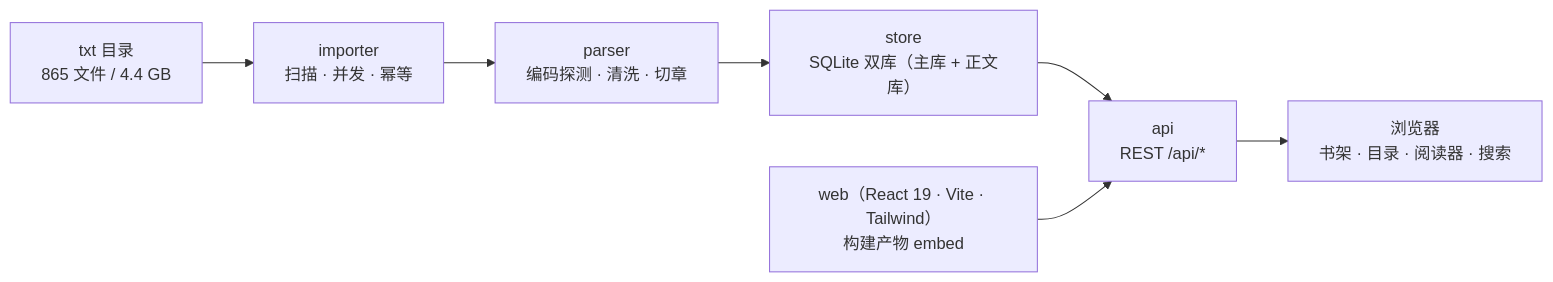
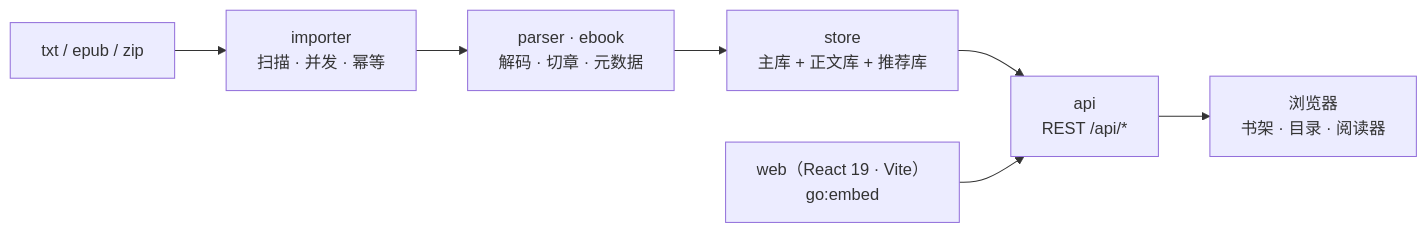
Before and after one commit to baosfeng/norvels: the diagram in README.md, drawn with Mermaid. The commit also changed other lines of this file, not shown here.

````diff
--- a/README.md
+++ b/README.md
@@ -25,9 +29,7 @@
 ```mermaid
 flowchart LR
-  A["txt 目录<br/>865 文件 / 4.4 GB"] --> B["importer<br/>扫描 · 并发 · 幂等"]
-  B --> C["parser<br/>编码探测 · 清洗 · 切章"]
-  C --> D["store<br/>SQLite 双库（主库 + 正文库）"]
+  A["txt / epub / zip"] --> B["importer<br/>扫描 · 并发 · 幂等"]
+  B --> C["parser · ebook<br/>解码 · 切章 · 元数据"] --> D["store<br/>主库 + 正文库 + 推荐库"]
   D --> E["api<br/>REST /api/*"]
-  F["web（React 19 · Vite · Tailwind）<br/>构建产物 embed"] --> E
-  E --> G["浏览器<br/>书架 · 目录 · 阅读器 · 搜索"]
+  F["web（React 19 · Vite）<br/>go:embed"] --> E --> G["浏览器<br/>书架 · 目录 · 阅读器"]
 ```
````
